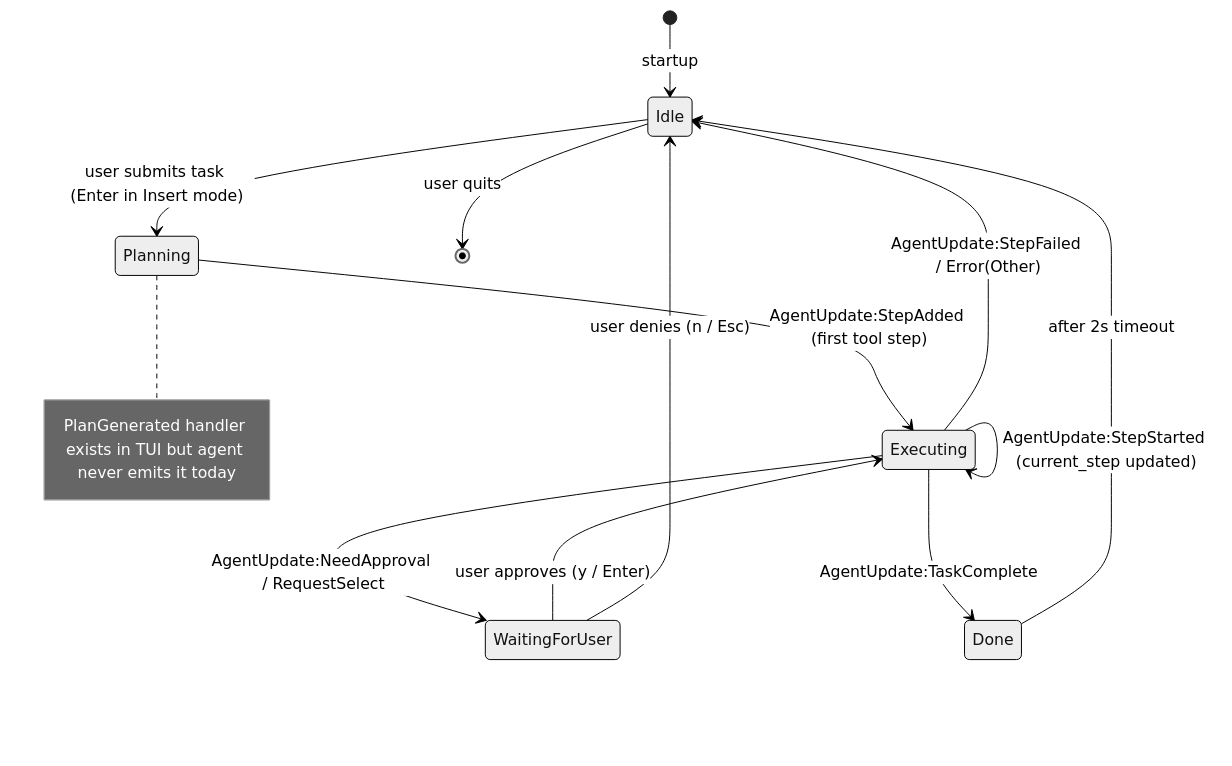
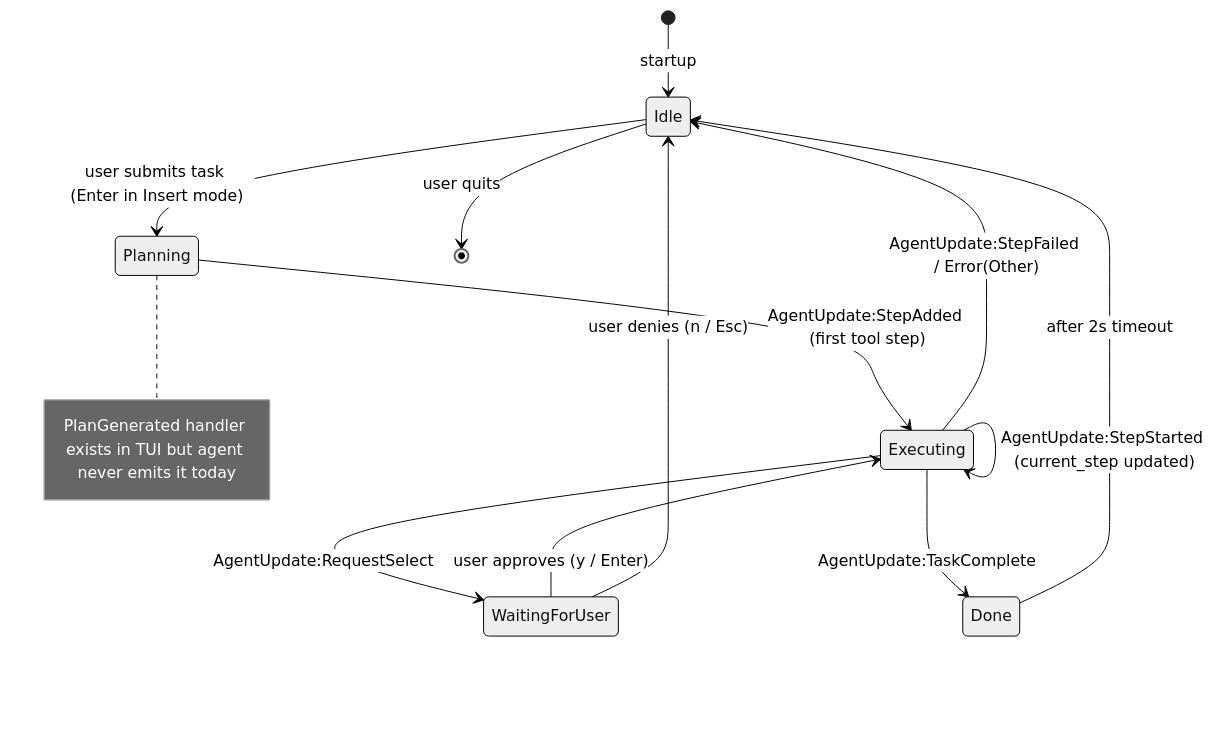
The first of 6 diagrams in docs/state_machines.md (rust-infra/tact), drawn with Mermaid (neutral theme) before and after one commit. The commit also changed other lines of this file and 15 other files, not shown here.

````diff
--- a/docs/state_machines.md
+++ b/docs/state_machines.md
@@ -25,20 +25,20 @@
 ```mermaid
 stateDiagram-v2
     [*] --> Idle: startup
 
     Idle --> Planning: user submits task (Enter in Insert mode)
     Planning --> Executing: AgentUpdate:StepAdded (first tool step)
 
     Note right of Planning: PlanGenerated handler exists in TUI but agent never emits it today
 
     Executing --> Executing: AgentUpdate:StepStarted (current_step updated)
-    Executing --> WaitingForUser: AgentUpdate:NeedApproval / RequestSelect
+    Executing --> WaitingForUser: AgentUpdate:RequestSelect
     Executing --> Done: AgentUpdate:TaskComplete
     Executing --> Idle: AgentUpdate:StepFailed / Error(Other)
 
     WaitingForUser --> Executing: user approves (y / Enter)
     WaitingForUser --> Idle: user denies (n / Esc)
 
     Done --> Idle: after 2s timeout
     Idle --> [*]: user quits
 ```
````
